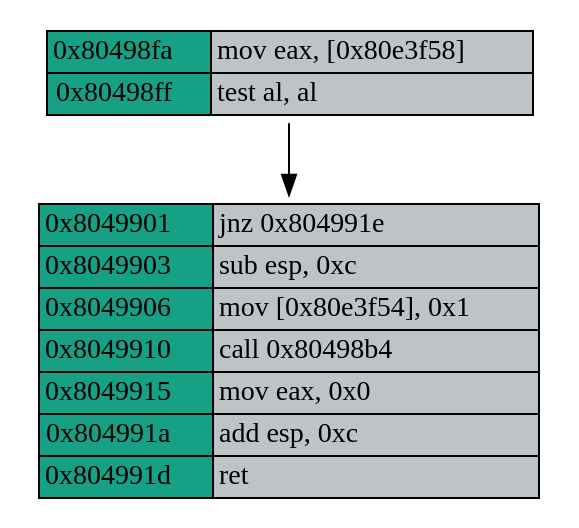
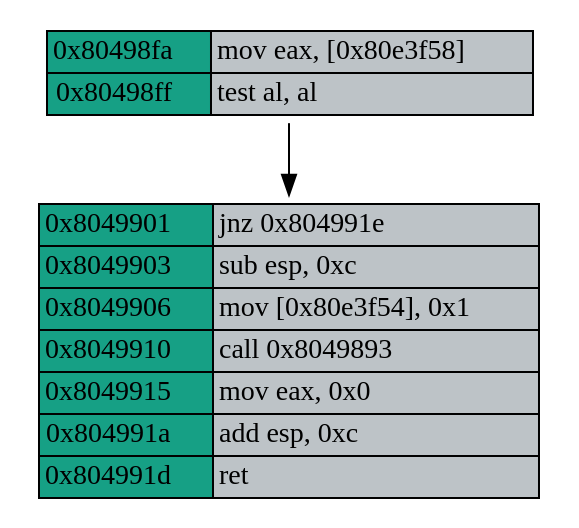
One commit to Nicolnegg/researh changed the diagram in VM/tools-paper/Examples/sse-mock-example/function_cfg.dot. Above: the diagram before and after it, drawn with Graphviz. The commit also changed 45 other files, not shown here.

```diff
--- a/VM/tools-paper/Examples/sse-mock-example/function_cfg.dot
+++ b/VM/tools-paper/Examples/sse-mock-example/function_cfg.dot
@@ -1,22 +1,22 @@
 digraph G {
   node [shape=plaintext, ];
   252488022 [label=<<table border="0" cellspacing="0">
 <tr><td border="1" bgcolor="#16a085">0x8049901</td><td border="1" bgcolor="#bdc3c7" align="left">jnz 0x804991e</td></tr>
 <tr><td border="1" bgcolor="#16a085">0x8049903</td><td border="1" bgcolor="#bdc3c7" align="left">sub esp, 0xc</td></tr>
 <tr><td border="1" bgcolor="#16a085">0x8049906</td><td border="1" bgcolor="#bdc3c7" align="left">mov [0x80e3f54], 0x1</td></tr>
-<tr><td border="1" bgcolor="#16a085">0x8049910</td><td border="1" bgcolor="#bdc3c7" align="left">call 0x80498b4</td></tr>
+<tr><td border="1" bgcolor="#16a085">0x8049910</td><td border="1" bgcolor="#bdc3c7" align="left">call 0x8049893</td></tr>
 <tr><td border="1" bgcolor="#16a085">0x8049915</td><td border="1" bgcolor="#bdc3c7" align="left">mov eax, 0x0</td></tr>
 <tr><td border="1" bgcolor="#16a085">0x804991a</td><td border="1" bgcolor="#bdc3c7" align="left">add esp, 0xc</td></tr>
 <tr><td border="1" bgcolor="#16a085">0x804991d</td><td border="1" bgcolor="#bdc3c7" align="left">ret</td></tr>
 </table>>,
              ];
   916023201 [label=<<table border="0" cellspacing="0">
 <tr><td border="1" bgcolor="#16a085">0x80498fa</td><td border="1" bgcolor="#bdc3c7" align="left">mov eax, [0x80e3f58]</td></tr>
 <tr><td border="1" bgcolor="#16a085">0x80498ff</td><td border="1" bgcolor="#bdc3c7" align="left">test al, al</td></tr>
 </table>>,
              ];
   
   
   916023201 -> 252488022 [minlen=1, ];
   
   }
```
